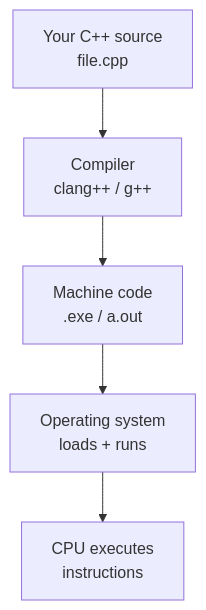
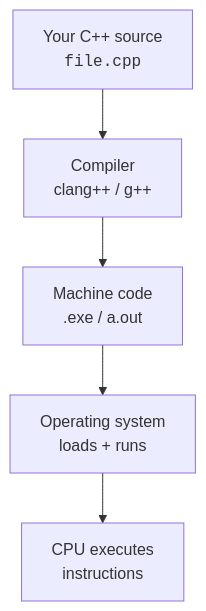
One commit to dataslope/dataslope changed the diagram in content/learn/from-zero-to-cpp/index.mdx. Above: the diagram before and after it, drawn with Mermaid. The commit also changed 100 other files, not shown here.

First line of the commit message:
Wrap more code in diagram labels: filenames, hex, assignments, subgraph titles

````diff
--- a/content/learn/from-zero-to-cpp/index.mdx
+++ b/content/learn/from-zero-to-cpp/index.mdx
@@ -35,7 +35,7 @@
 ```mermaid
 flowchart TD
-    A[Your C++ source<br/>file.cpp] --> B[Compiler<br/>clang++ / g++]
+    A["Your C++ source<br/><code>file.cpp</code>"] --> B[Compiler<br/>clang++ / g++]
     B --> C[Machine code<br/>.exe / a.out]
     C --> D[Operating system<br/>loads + runs]
     D --> E[CPU executes<br/>instructions]
 ```
````
